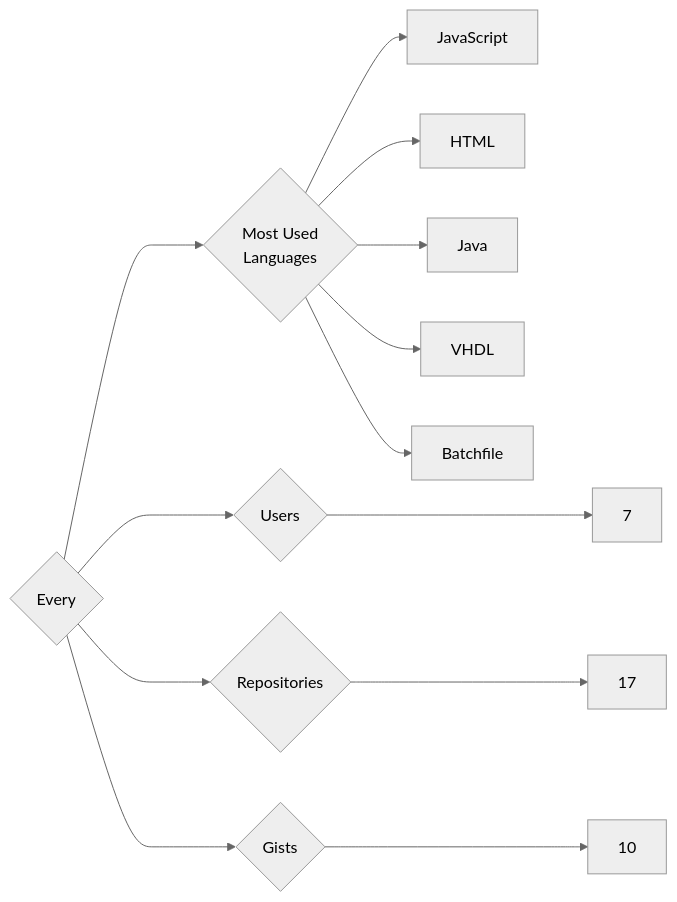
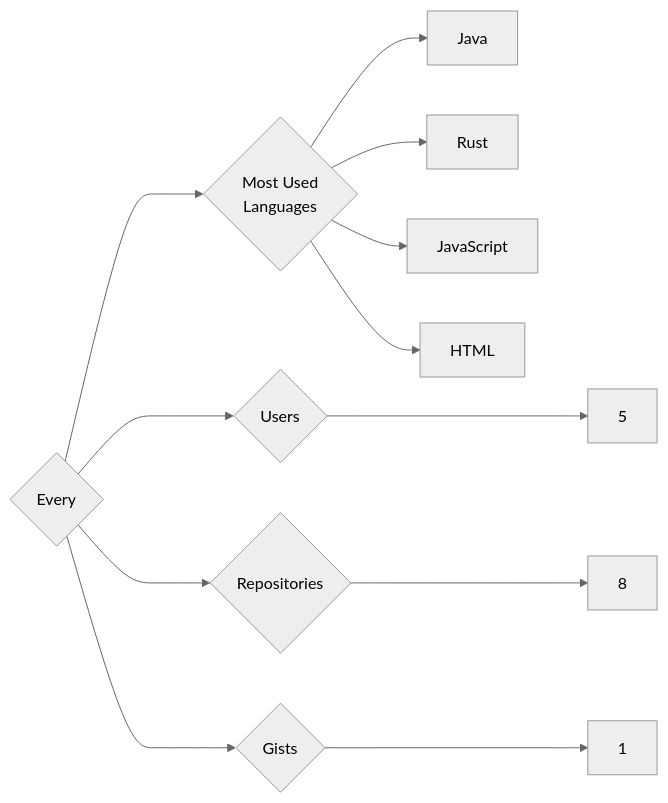
Before and after one commit to trickest/insiders: the diagram in targets/Every/README.md, drawn with Mermaid (neutral theme). The commit also changed 1030 other files, not shown here.

````diff
--- a/targets/Every/README.md
+++ b/targets/Every/README.md
@@ -3,13 +3,12 @@
 ```mermaid
 graph LR
 COMPANY_NAME{Every}
-COMPANY_NAME ---> U{Users} ---> UN[7]
-COMPANY_NAME ---> R{Repositories} ---> RN[17]
-COMPANY_NAME ---> G{Gists} ---> GN[10]
+COMPANY_NAME ---> U{Users} ---> UN[5]
+COMPANY_NAME ---> R{Repositories} ---> RN[8]
+COMPANY_NAME ---> G{Gists} ---> GN[1]
 COMPANY_NAME ---> ML{Most Used<br>Languages}
+ML --> Java[Java]
+ML --> Rust[Rust]
 ML --> JavaScript[JavaScript]
 ML --> HTML[HTML]
-ML --> Java[Java]
-ML --> VHDL[VHDL]
-ML --> Batchfile[Batchfile]
 ```
````
